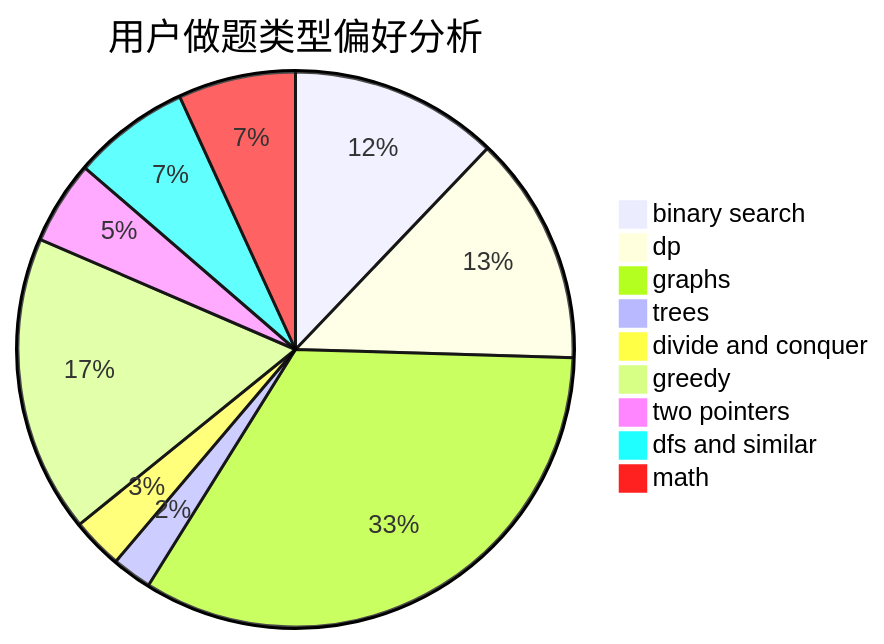
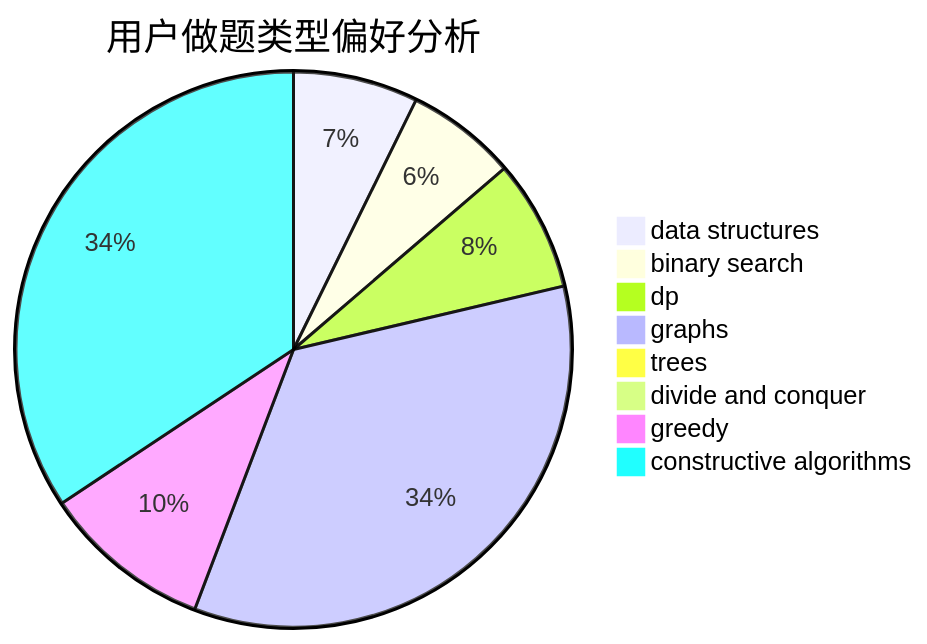
The second of 3 diagrams in docs/user/u1784.md (sherpahu/cfrs.github.io), drawn with Mermaid before and after one commit. The commit also changed other lines of this file and 2775 other files, not shown here.

````diff
--- a/docs/user/u1784.md
+++ b/docs/user/u1784.md
@@ -23,12 +23,11 @@
 ```mermaid
 pie title 用户做题类型偏好分析
-    "binary search" :  110
-    "dp" :  121
-    "graphs" :  303
-    "trees" :  21
-    "divide and conquer" :  27
-    "greedy" :  157
-    "two pointers" :  44
-    "dfs and similar" :  62
-    "math" :  62
+    "data structures" :  61
+    "binary search" :  54
+    "dp" :  64
+    "graphs" :  289
+    "trees" :  3
+    "divide and conquer" :  0
+    "greedy" :  83
+    "constructive algorithms" :  288
 ```
````
